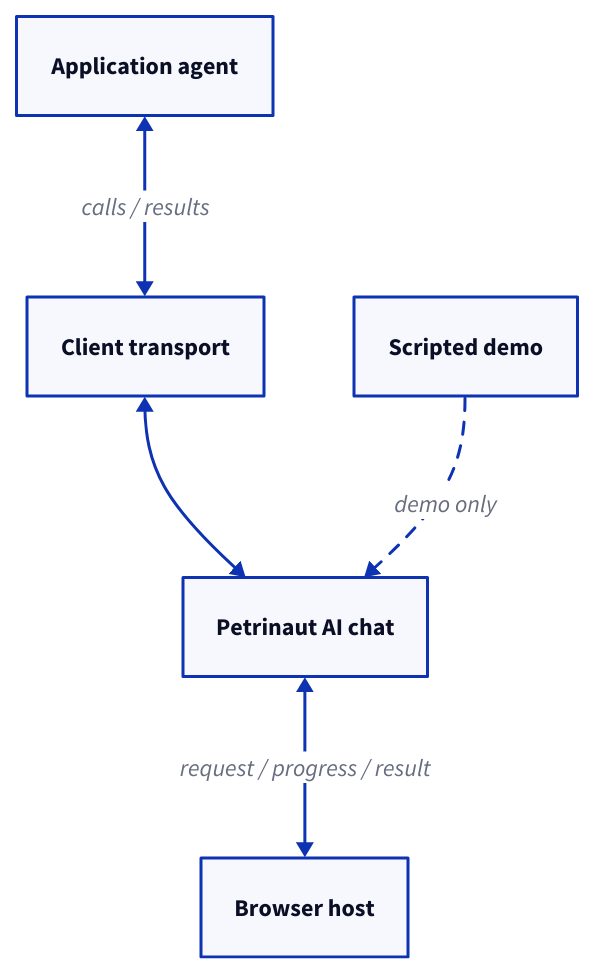
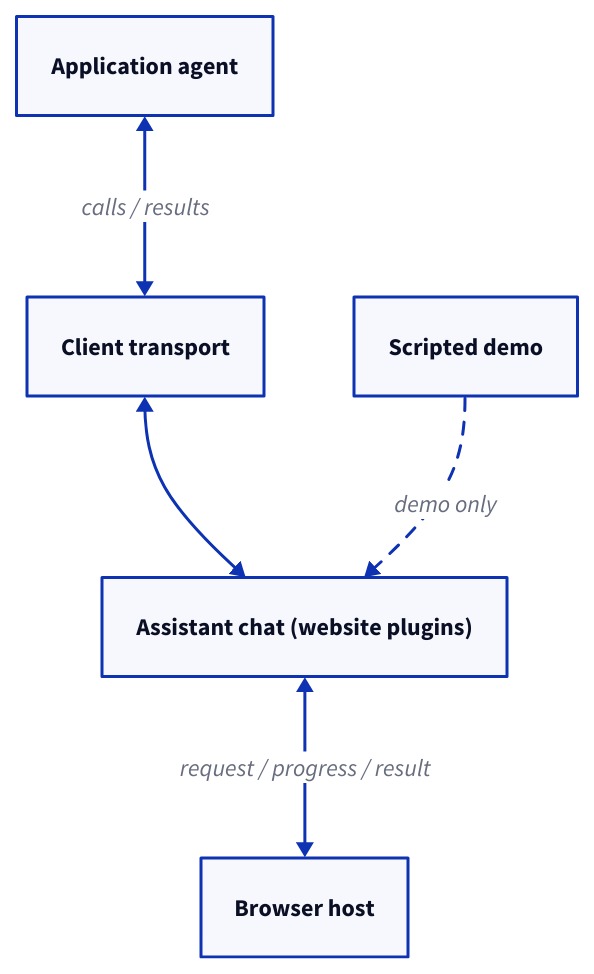
One commit to hashintel/hash changed the diagram in libs/@local/petrinaut-arch-docs/content/diagrams/ai-client-integration.d2. Above: the diagram before and after it, drawn with D2. The commit also changed 46 other files, not shown here.

First line of the commit message:
Document assistant plugins and reconcile the changesets

```diff
--- a/libs/@local/petrinaut-arch-docs/content/diagrams/ai-client-integration.d2
+++ b/libs/@local/petrinaut-arch-docs/content/diagrams/ai-client-integration.d2
@@ -1,11 +1,11 @@
 direction: down
 vars: {d2-config: {theme-id: 0}}
 app: "Application agent"
 transport: "Client transport"
 demo: "Scripted demo"
-chat: "Petrinaut AI chat"
+chat: "Assistant chat (website plugins)"
 host: "Browser host"
 app <-> transport: "calls / results"
 transport <-> chat
 demo -> chat: "demo only" {style.stroke-dash: 4}
 chat <-> host: "request / progress / result"
```
